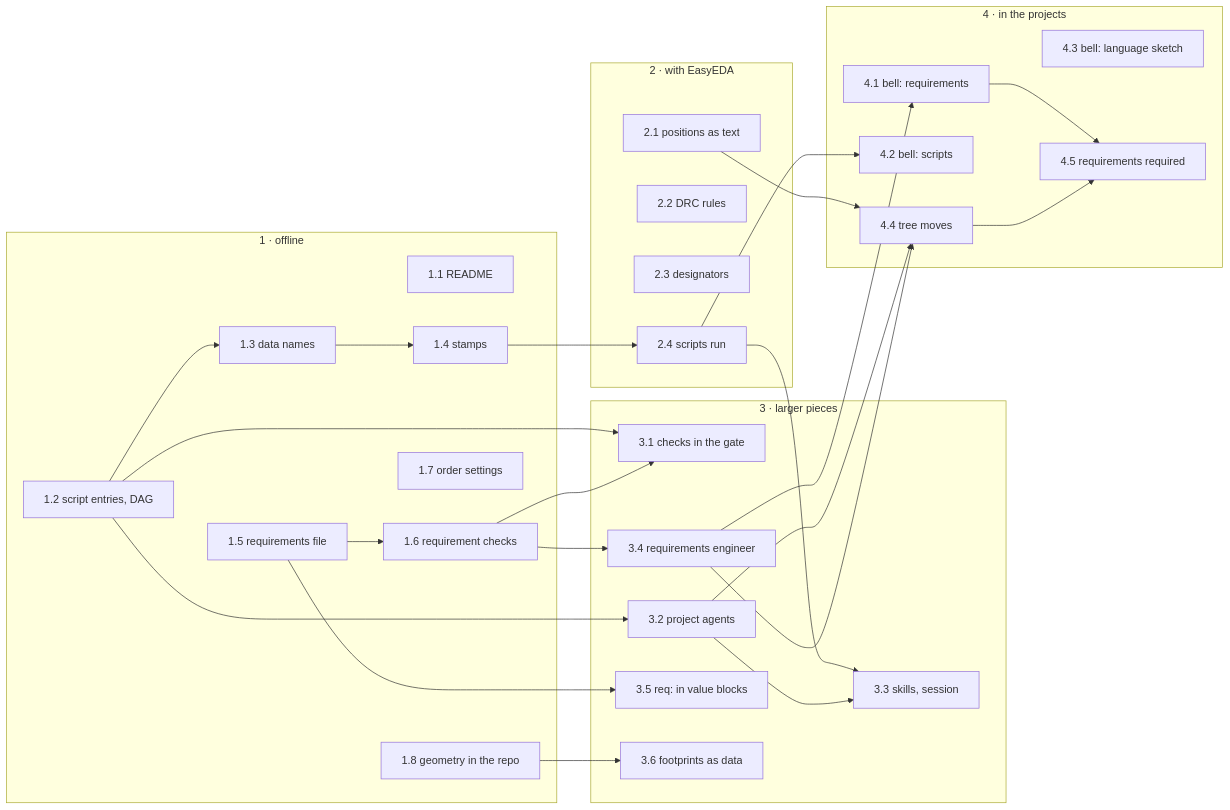
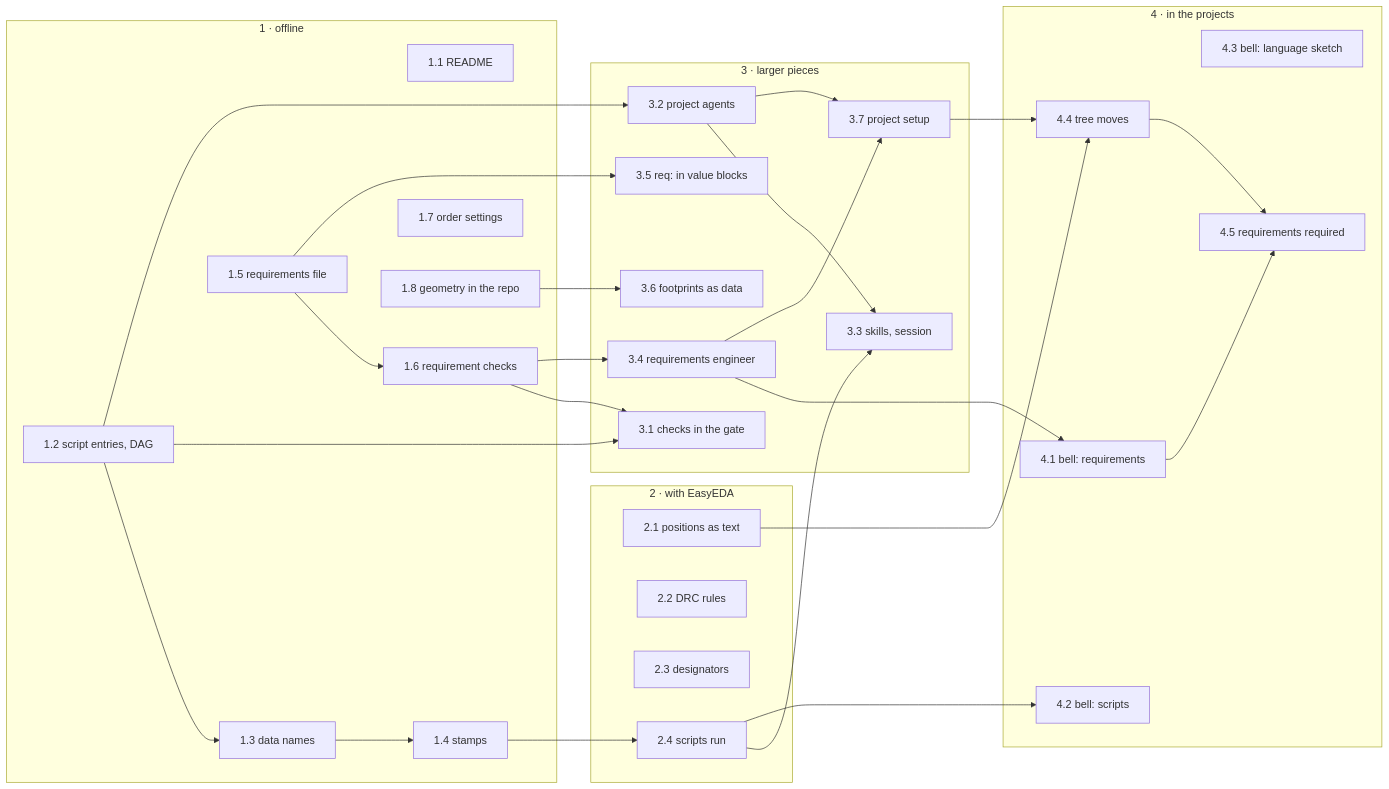
One commit to tgd1975/edakit changed the diagram in docs/concepts/new/implementation-plan.md. Above: the diagram before and after it, drawn with Mermaid. The commit also changed other lines of this file and 2 other files, not shown here.

First line of the commit message:
Plan: 3.1 is on main; the project setup is step 3.7, before the tree's move – its six decisions are taken

````diff
--- a/docs/concepts/new/implementation-plan.md
+++ b/docs/concepts/new/implementation-plan.md
@@ -57,44 +58,46 @@
 ```mermaid
 flowchart LR
   subgraph P1["1 · offline"]
     s11["1.1 README"]
     s12["1.2 script entries, DAG"] --> s13["1.3 data names"] --> s14["1.4 stamps"]
     s15["1.5 requirements file"] --> s16["1.6 requirement checks"]
     s17["1.7 order settings"]
     s18["1.8 geometry in the repo"]
   end
   subgraph P2["2 · with EasyEDA"]
     s21["2.1 positions as text"]
     s22["2.2 DRC rules"]
     s23["2.3 designators"]
     s24["2.4 scripts run"]
   end
   subgraph P3["3 · larger pieces"]
     s31["3.1 checks in the gate"]
     s32["3.2 project agents"]
     s33["3.3 skills, session"]
     s34["3.4 requirements engineer"]
     s35["3.5 req: in value blocks"]
     s36["3.6 footprints as data"]
+    s37["3.7 project setup"]
   end
   subgraph P4["4 · in the projects"]
     s41["4.1 bell: requirements"]
     s42["4.2 bell: scripts"]
     s43["4.3 bell: language sketch"]
     s44["4.4 tree moves"]
     s45["4.5 requirements required"]
   end
   s14 --> s24 --> s33
   s12 --> s31
   s16 --> s31
   s12 --> s32 --> s33
   s16 --> s34 --> s41
   s15 --> s35
   s18 --> s36
   s24 --> s42
+  s32 --> s37
+  s34 --> s37
   s21 --> s44
-  s32 --> s44
-  s34 --> s44
+  s37 --> s44
   s41 --> s45
   s44 --> s45
 ```
````
